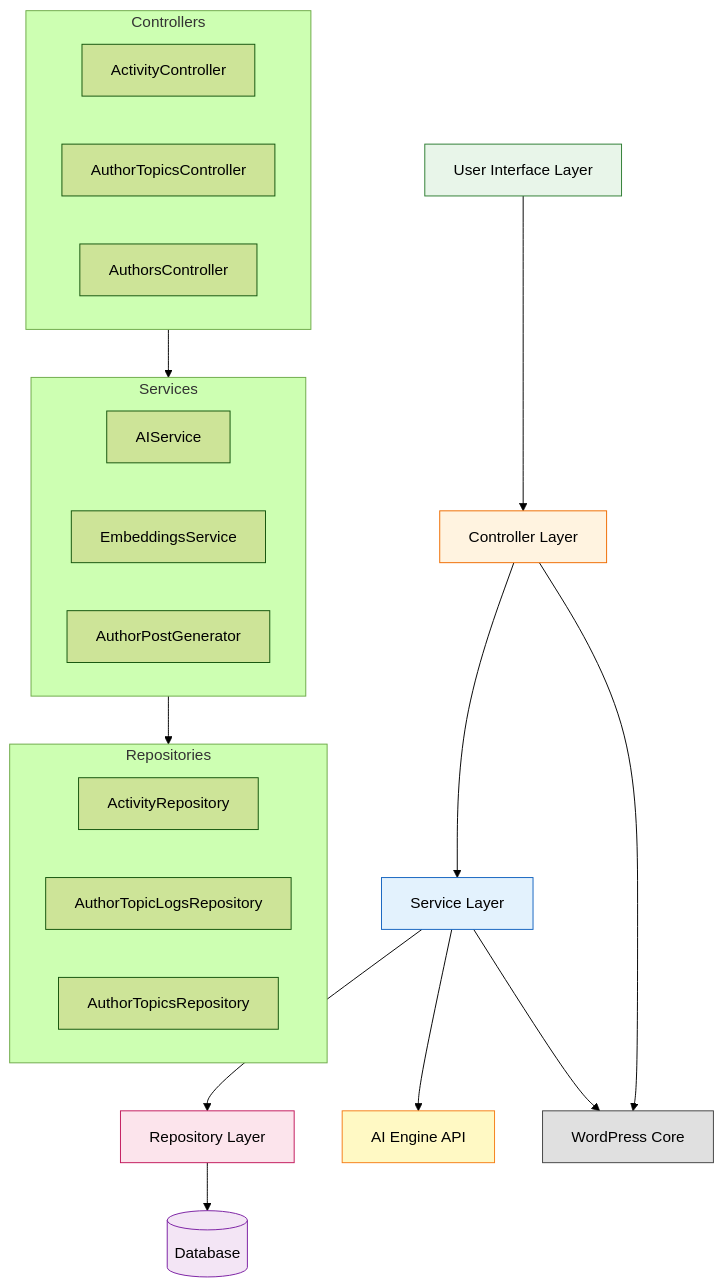
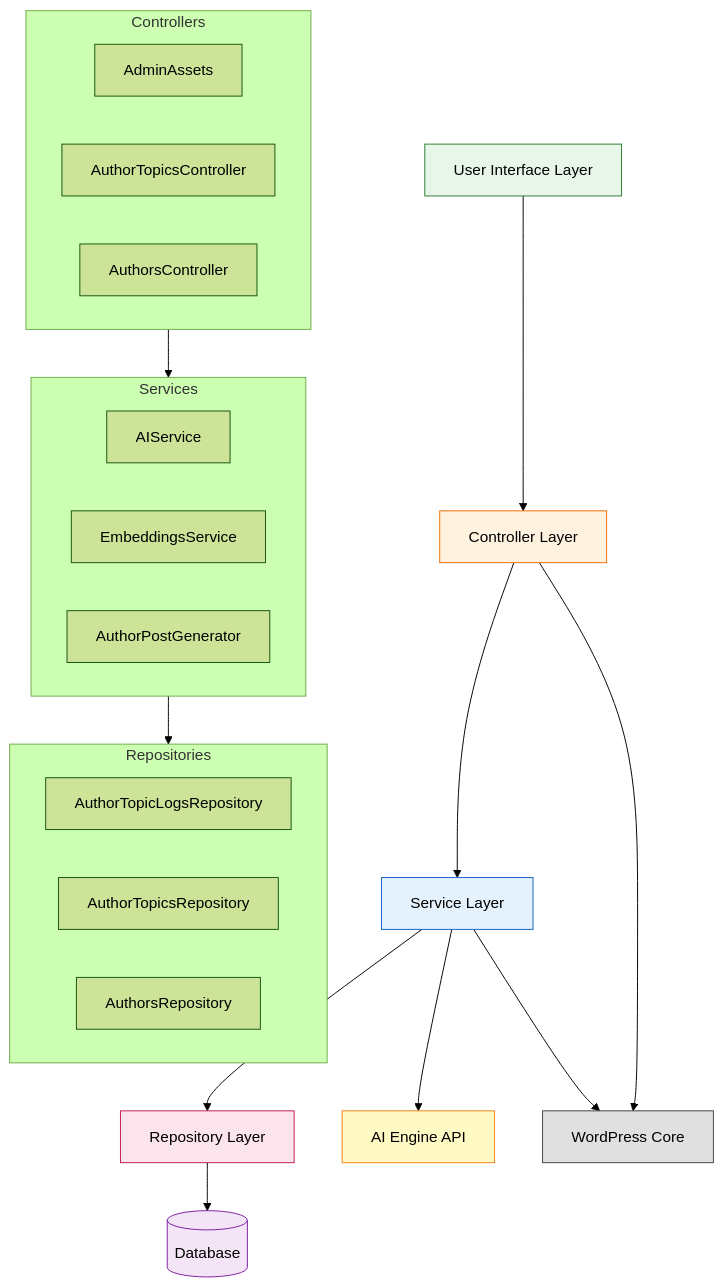
Before and after one commit to rpnunez/wp-ai-scheduler: the first of 10 diagrams in docs/feature-report.md, drawn with Mermaid (forest theme). The commit also changed other lines of this file, not shown here.

````diff
--- a/docs/feature-report.md
+++ b/docs/feature-report.md
@@ -36,49 +36,49 @@
 ```mermaid
 flowchart TB
     %% Overall Plugin Architecture
 
     UI[User Interface Layer]
     CTRL[Controller Layer]
     SVC[Service Layer]
     REPO[Repository Layer]
     DB[(Database)]
     AI[AI Engine API]
     WP[WordPress Core]
 
     UI --> CTRL
     CTRL --> SVC
     SVC --> REPO
     SVC --> AI
     REPO --> DB
     CTRL --> WP
     SVC --> WP
 
     subgraph Controllers
-        ActivityController
+        AdminAssets
         AuthorTopicsController
         AuthorsController
     end
 
     subgraph Services
         AIService
         EmbeddingsService
         AuthorPostGenerator
     end
 
     subgraph Repositories
-        ActivityRepository
         AuthorTopicLogsRepository
         AuthorTopicsRepository
+        AuthorsRepository
     end
 
     Controllers --> Services
     Services --> Repositories
 
     style UI fill:#e8f5e9,stroke:#2e7d32
     style CTRL fill:#fff3e0,stroke:#ef6c00
     style SVC fill:#e3f2fd,stroke:#1565c0
     style REPO fill:#fce4ec,stroke:#c2185b
     style DB fill:#f3e5f5,stroke:#7b1fa2
     style AI fill:#fff9c4,stroke:#f57f17
     style WP fill:#e0e0e0,stroke:#424242
 ```
````
